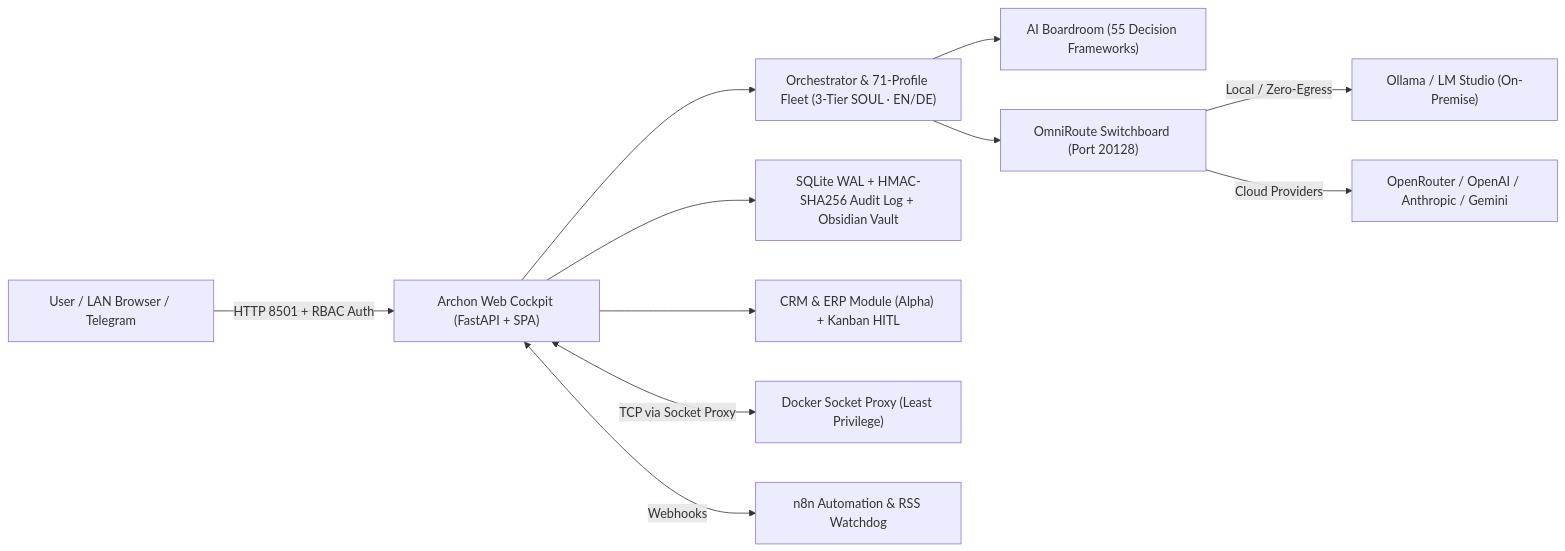
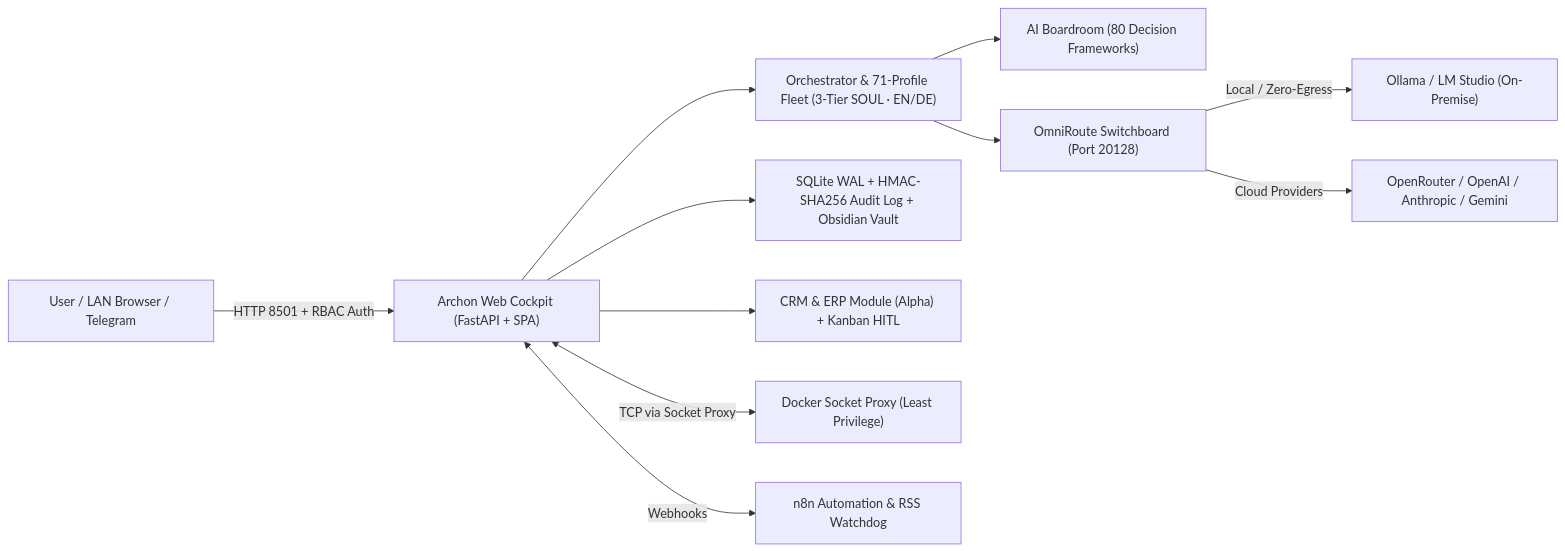
One commit to michaelbeatman/ARCHON-OS changed the diagram in README.md. Above: the diagram before and after it, drawn with Mermaid. The commit also changed other lines of this file and 43 other files, not shown here.

Commit message:
feat(boardroom): expand AI Boardroom from 55 to 80 bilingual frameworks across 9 categories + docs

````diff
--- a/README.md
+++ b/README.md
@@ -167,13 +167,13 @@
 ```mermaid
 flowchart LR
     U["User / LAN Browser / Telegram"] -->|HTTP 8501 + RBAC Auth| UI["Archon Web Cockpit (FastAPI + SPA)"]
     UI --> OR["Orchestrator & 71-Profile Fleet (3-Tier SOUL · EN/DE)"]
-    OR --> BR["AI Boardroom (55 Decision Frameworks)"]
+    OR --> BR["AI Boardroom (80 Decision Frameworks)"]
     OR --> OM["OmniRoute Switchboard (Port 20128)"]
     OM -->|Local / Zero-Egress| LOC["Ollama / LM Studio (On-Premise)"]
     OM -->|Cloud Providers| CLD["OpenRouter / OpenAI / Anthropic / Gemini"]
     UI --> DB["SQLite WAL + HMAC-SHA256 Audit Log + Obsidian Vault"]
     UI --> ERP["CRM & ERP Module (Alpha) + Kanban HITL"]
     UI <-->|TCP via Socket Proxy| DOC["Docker Socket Proxy (Least Privilege)"]
     UI <-->|Webhooks| N8N["n8n Automation & RSS Watchdog"]
 ```
````
